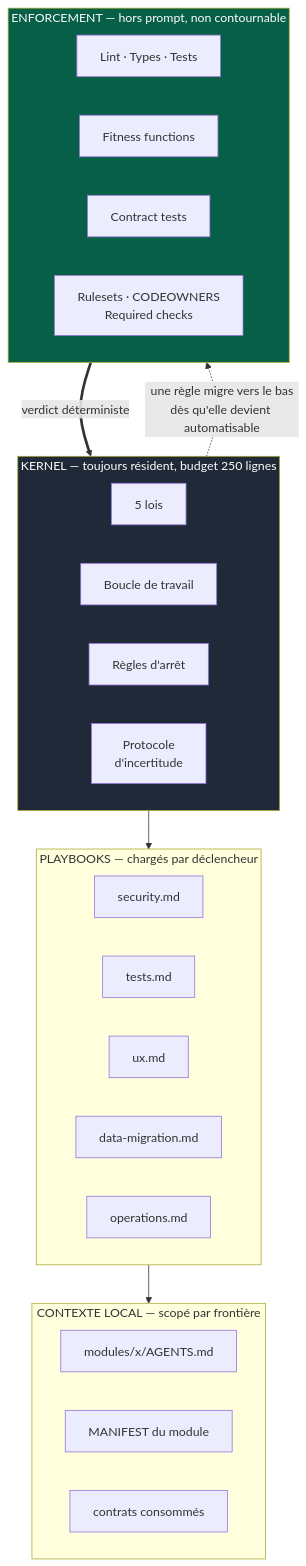
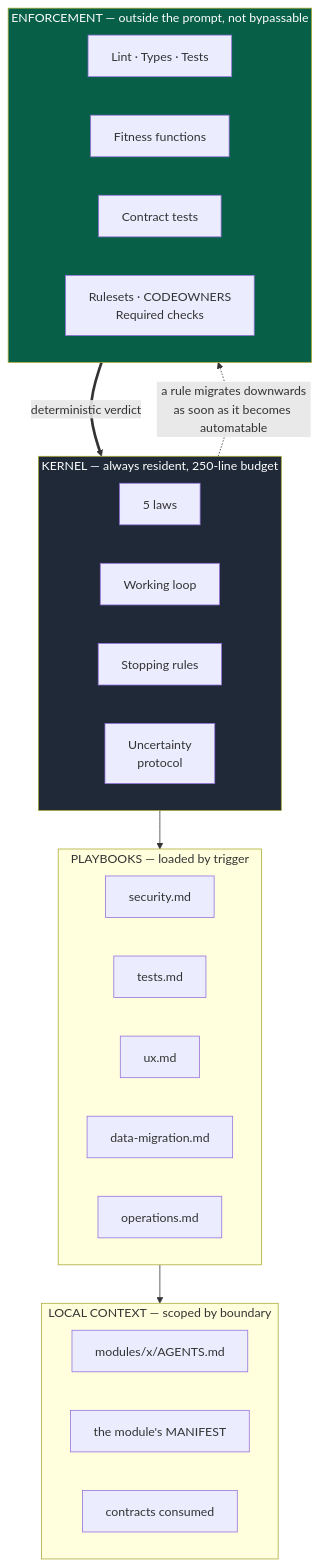
One commit to NapkinStack/engineering-os changed the first of 2 diagrams in skeleton/docs/os/00-overview.md. Above: the diagram before and after it, drawn with Mermaid. The commit also changed other lines of this file and 2 other files, not shown here.

````diff
--- a/skeleton/docs/os/00-overview.md
+++ b/skeleton/docs/os/00-overview.md
@@ -24,41 +24,41 @@
 ```mermaid
 flowchart TB
-    subgraph L0["KERNEL — toujours résident, budget 250 lignes"]
+    subgraph L0["KERNEL — always resident, 250-line budget"]
         direction LR
-        K1["5 lois"]
-        K2["Boucle de travail"]
-        K3["Règles d'arrêt"]
-        K4["Protocole<br/>d'incertitude"]
+        K1["5 laws"]
+        K2["Working loop"]
+        K3["Stopping rules"]
+        K4["Uncertainty<br/>protocol"]
     end
 
-    subgraph L1["PLAYBOOKS — chargés par déclencheur"]
+    subgraph L1["PLAYBOOKS — loaded by trigger"]
         direction LR
         M1["security.md"]
         M2["tests.md"]
         M3["ux.md"]
         M4["data-migration.md"]
         M5["operations.md"]
     end
 
-    subgraph L2["CONTEXTE LOCAL — scopé par frontière"]
+    subgraph L2["LOCAL CONTEXT — scoped by boundary"]
         direction LR
         C1["modules/x/AGENTS.md"]
-        C2["MANIFEST du module"]
-        C3["contrats consommés"]
+        C2["the module's MANIFEST"]
+        C3["contracts consumed"]
     end
 
-    subgraph L3["ENFORCEMENT — hors prompt, non contournable"]
+    subgraph L3["ENFORCEMENT — outside the prompt, not bypassable"]
         direction LR
         E1["Lint · Types · Tests"]
         E2["Fitness functions"]
         E3["Contract tests"]
         E4["Rulesets · CODEOWNERS<br/>Required checks"]
     end
 
     L0 --> L1 --> L2
-    L0 -.->|"une règle migre vers le bas<br/>dès qu'elle devient automatisable"| L3
-    L3 ==>|"verdict déterministe"| L0
+    L0 -.->|"a rule migrates downwards<br/>as soon as it becomes automatable"| L3
+    L3 ==>|"deterministic verdict"| L0
 
     style L0 fill:#1f2937,color:#fff
     style L3 fill:#065f46,color:#fff
 ```
````
